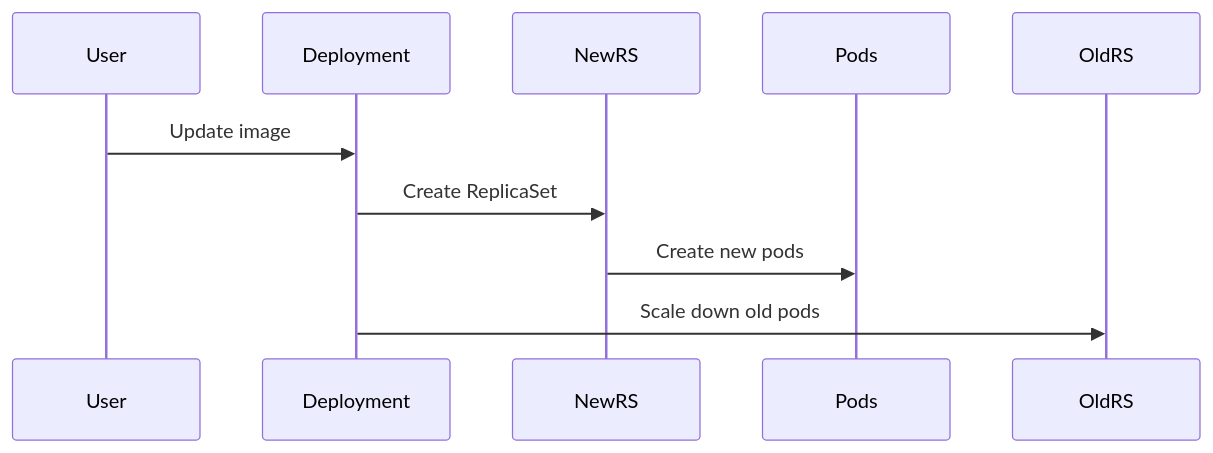
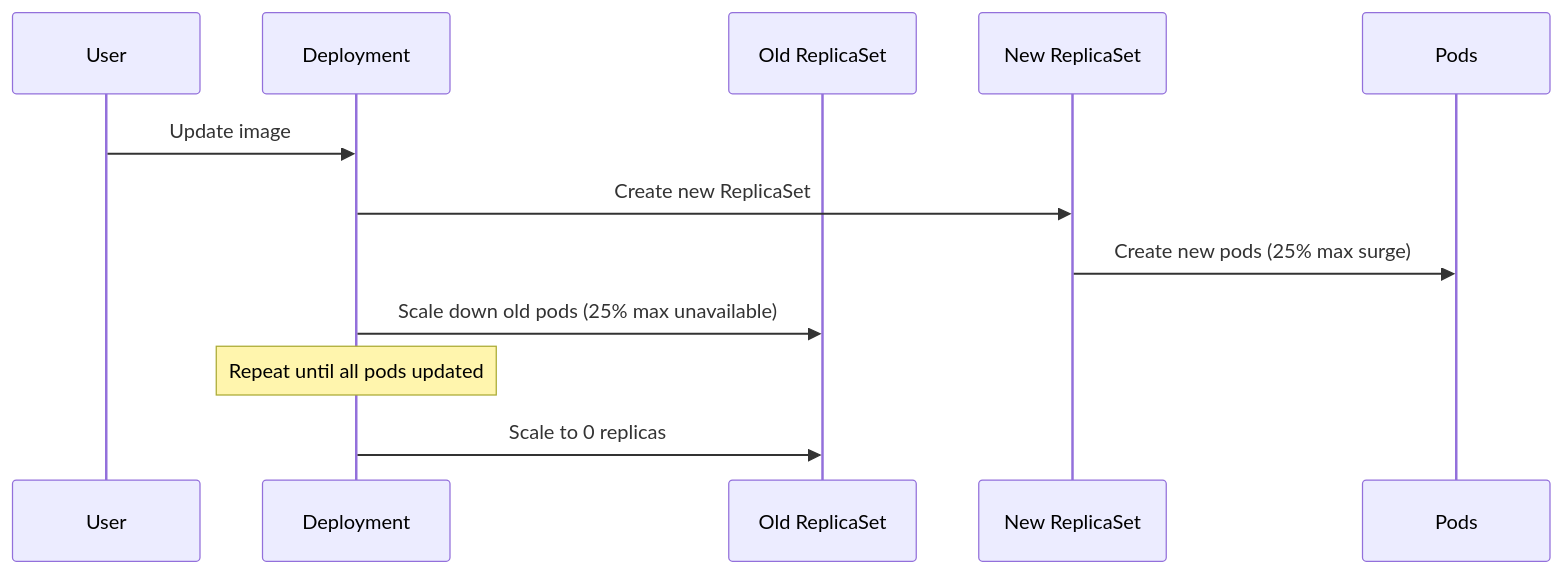
Before and after one commit to AnilPatel13/Docker-Kubernethes: the third of 6 diagrams in Kubernethes/Kubernethes Replicaset and Deployments/README.md, drawn with Mermaid. The commit also changed other lines of this file, not shown here.

Commit message:
adding the replicaset and deployment.

````diff
--- a/Kubernethes/Kubernethes Replicaset and Deployments/README.md
+++ b/Kubernethes/Kubernethes Replicaset and Deployments/README.md
@@ -88,7 +191,15 @@
 ```mermaid
 sequenceDiagram
+    participant User
+    participant Deployment
+    participant OldRS as Old ReplicaSet
+    participant NewRS as New ReplicaSet
+    participant Pods
+    
     User->>Deployment: Update image
-    Deployment->>NewRS: Create ReplicaSet
-    NewRS->>Pods: Create new pods
-    Deployment->>OldRS: Scale down old pods
+    Deployment->>NewRS: Create new ReplicaSet
+    NewRS->>Pods: Create new pods (25% max surge)
+    Deployment->>OldRS: Scale down old pods (25% max unavailable)
+    Note over Deployment: Repeat until all pods updated
+    Deployment->>OldRS: Scale to 0 replicas
 ```
````
